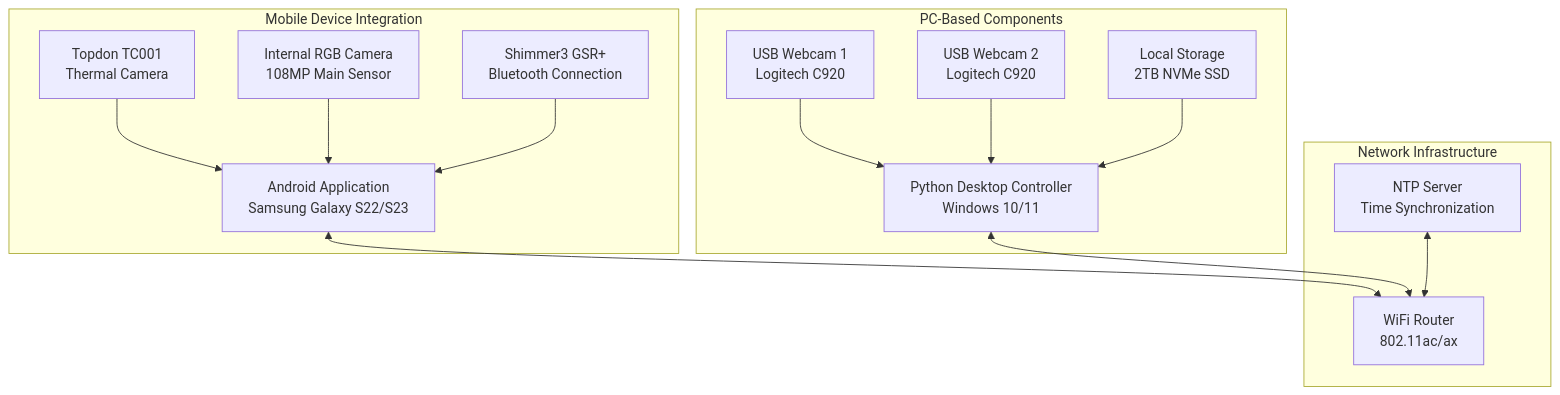
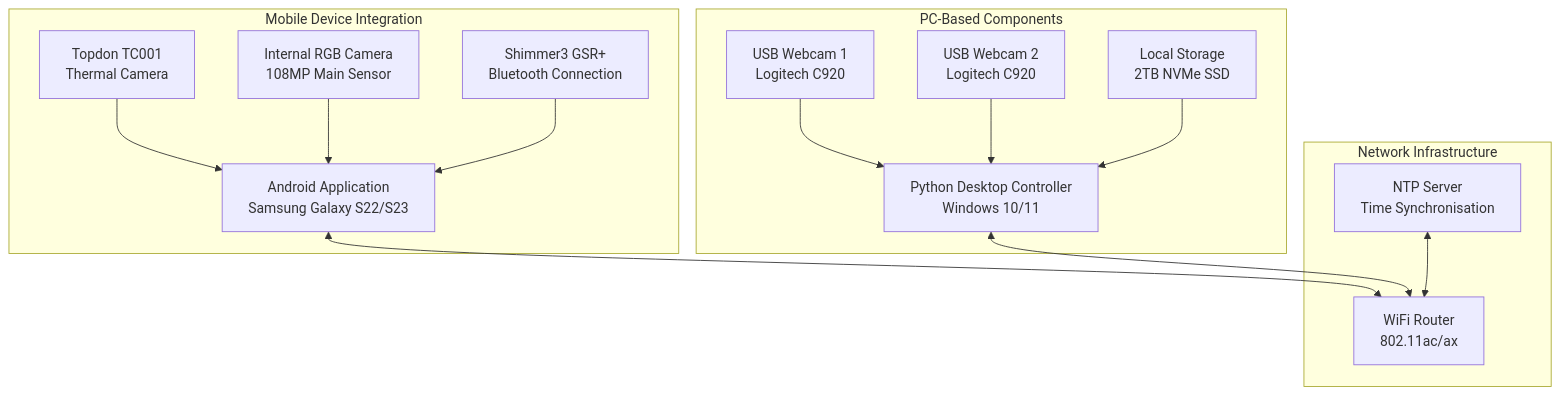
One commit to buccancs/fyp-multi-sensor-recording-system changed the third of 6 diagrams in docs/thesis_report/draft_0/chapter_3_requirements_and_analysis.md. Above: the diagram before and after it, drawn with Mermaid. The commit also changed other lines of this file and 56 other files, not shown here.

````diff
--- a/docs/thesis_report/draft_0/chapter_3_requirements_and_analysis.md
+++ b/docs/thesis_report/draft_0/chapter_3_requirements_and_analysis.md
@@ -578,31 +578,31 @@
 ```mermaid
 graph TB
     subgraph "Mobile Device Integration"
         ANDROID[Android Application<br/>Samsung Galaxy S22/S23]
         THERMAL[Topdon TC001<br/>Thermal Camera]
         INTERNAL[Internal RGB Camera<br/>108MP Main Sensor]
         GSR_BT[Shimmer3 GSR+<br/>Bluetooth Connection]
     end
 
     subgraph "PC-Based Components"
         DESKTOP[Python Desktop Controller<br/>Windows 10/11]
         USB_CAM1[USB Webcam 1<br/>Logitech C920]
         USB_CAM2[USB Webcam 2<br/>Logitech C920]
         STORAGE[Local Storage<br/>2TB NVMe SSD]
     end
 
     subgraph "Network Infrastructure"
         WIFI[WiFi Router<br/>802.11ac/ax]
-        SYNC[NTP Server<br/>Time Synchronization]
+        SYNC[NTP Server<br/>Time Synchronisation]
     end
 
     THERMAL --> ANDROID
     INTERNAL --> ANDROID
     GSR_BT --> ANDROID
     USB_CAM1 --> DESKTOP
     USB_CAM2 --> DESKTOP
     STORAGE --> DESKTOP
     ANDROID <--> WIFI
     DESKTOP <--> WIFI
     SYNC <--> WIFI
 ```
````
